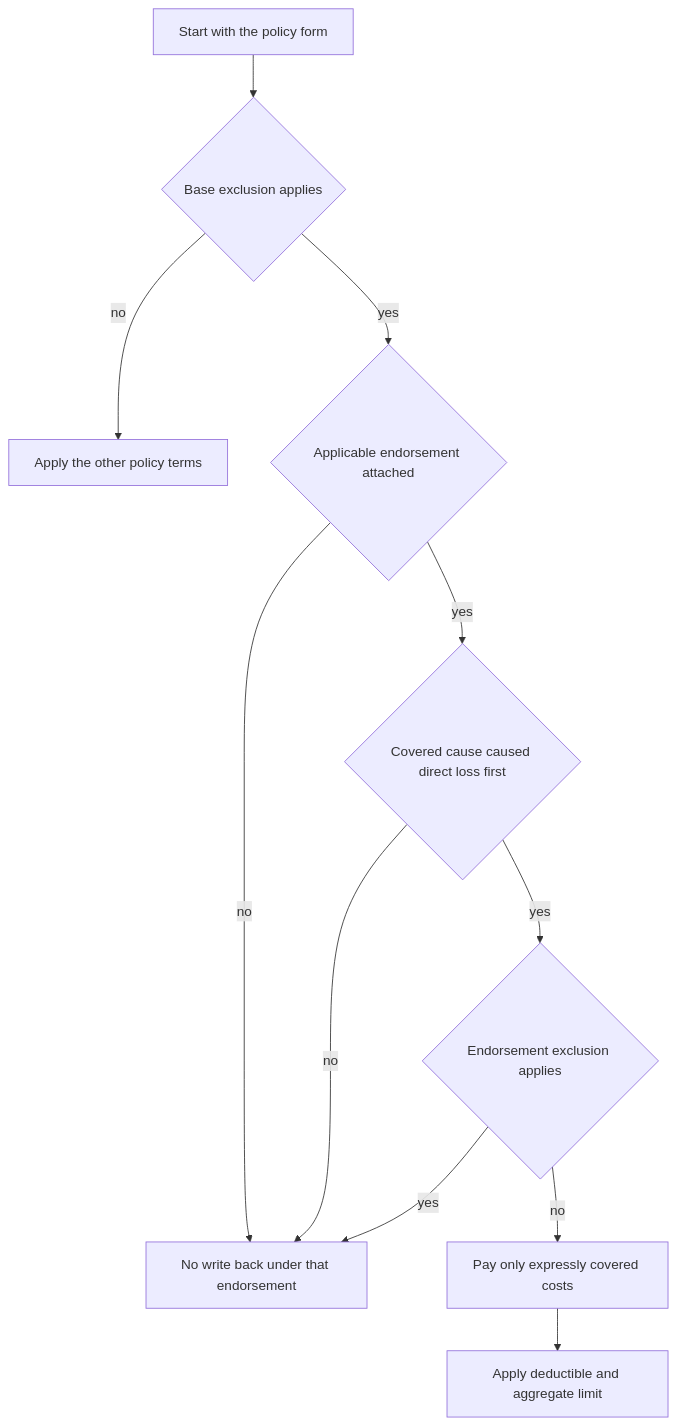
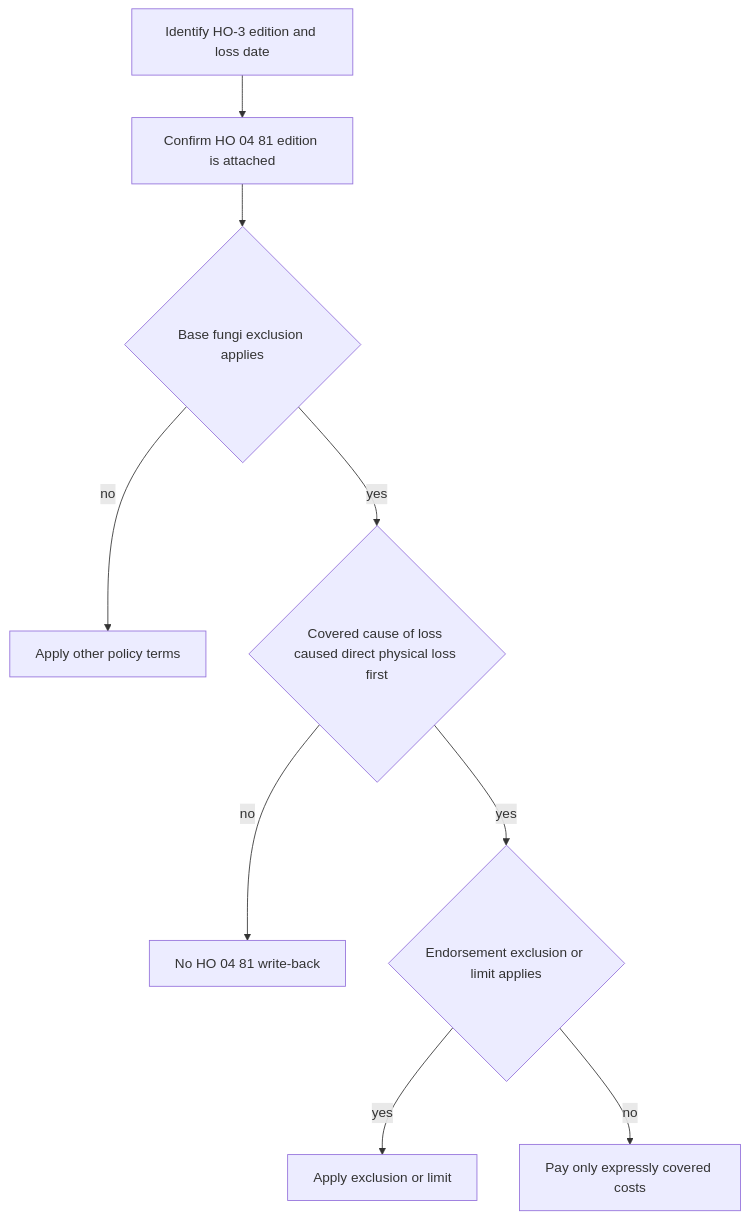
The diagram in openwiki/coverage/perils/fungi-and-bacteria.md (eugeneliu-86/openwiki-insurance-corpus), drawn with Mermaid before and after one commit. The commit also changed other lines of this file and 19 other files, not shown here.

````diff
--- a/openwiki/coverage/perils/fungi-and-bacteria.md
+++ b/openwiki/coverage/perils/fungi-and-bacteria.md
@@ -36,13 +36,11 @@
 ```mermaid
 flowchart TD
-    A["Start with the policy form"] --> B{"Base exclusion applies"}
-    B -->|"no"| C["Apply the other policy terms"]
-    B -->|"yes"| D{"Applicable endorsement attached"}
-    D -->|"no"| E["No write back under that endorsement"]
-    D -->|"yes"| F{"Covered cause caused direct loss first"}
-    F -->|"no"| E
-    F -->|"yes"| G{"Endorsement exclusion applies"}
-    G -->|"yes"| E
-    G -->|"no"| H["Pay only expressly covered costs"]
-    H --> I["Apply deductible and aggregate limit"]
+    A["Identify HO-3 edition and loss date"] --> B["Confirm HO 04 81 edition is attached"]
+    B --> C{"Base fungi exclusion applies"}
+    C -->|"no"| D["Apply other policy terms"]
+    C -->|"yes"| E{"Covered cause of loss caused direct physical loss first"}
+    E -->|"no"| F["No HO 04 81 write-back"]
+    E -->|"yes"| G{"Endorsement exclusion or limit applies"}
+    G -->|"yes"| H["Apply exclusion or limit"]
+    G -->|"no"| I["Pay only expressly covered costs"]
 ```
````
